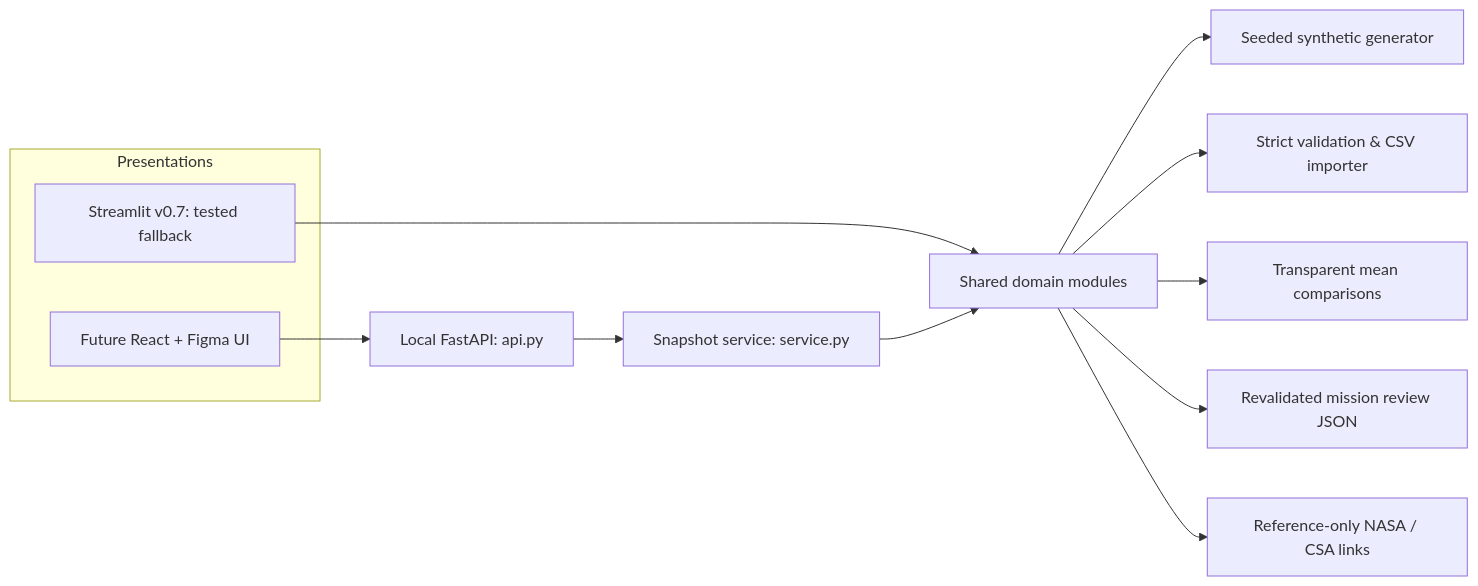
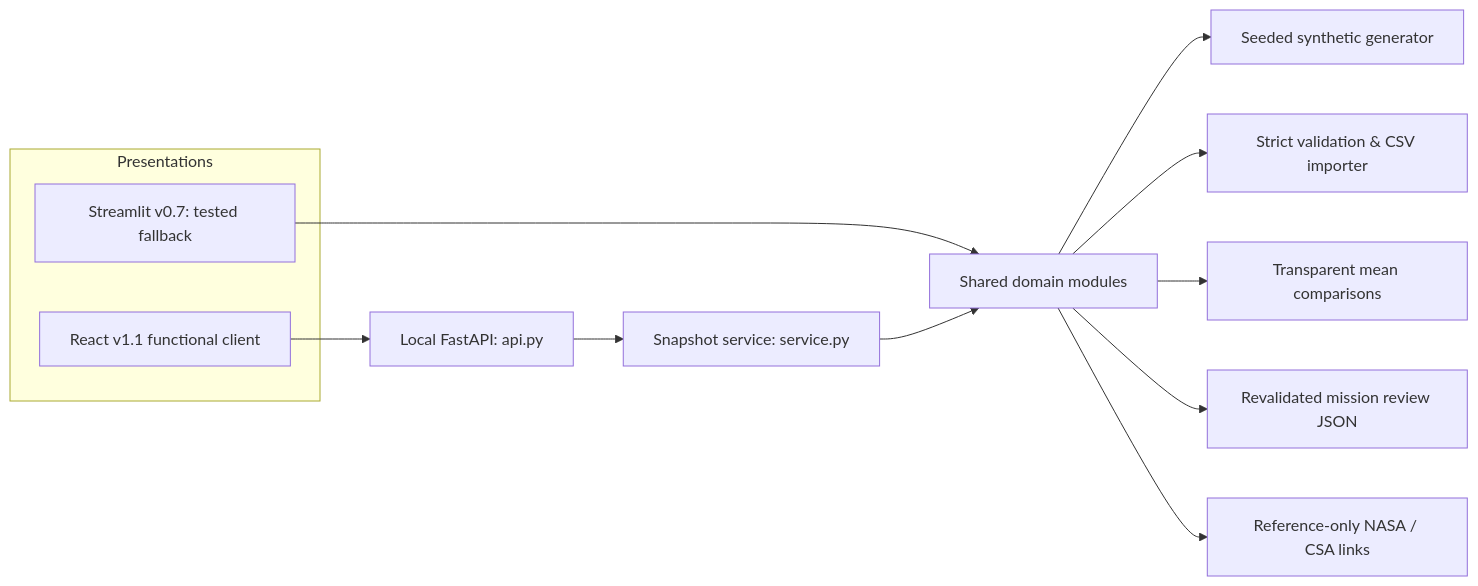
The diagram in docs/ARCHITECTURE.md (josuepa936-hue/ARES-Health-AI), drawn with Mermaid before and after one commit. The commit also changed other lines of this file and 34 other files, not shown here.

````diff
--- a/docs/ARCHITECTURE.md
+++ b/docs/ARCHITECTURE.md
@@ -9,16 +9,16 @@
 ```mermaid
 flowchart LR
   subgraph Presentations
     A[Streamlit v0.7: tested fallback]
-    B[Future React + Figma UI]
+    B[React v1.1 functional client]
   end
   A --> E[Shared domain modules]
   B --> C[Local FastAPI: api.py]
   C --> D[Snapshot service: service.py]
   D --> E
   E --> S[Seeded synthetic generator]
   E --> V[Strict validation & CSV importer]
   E --> T[Transparent mean comparisons]
   E --> R[Revalidated mission review JSON]
   E --> P[Reference-only NASA / CSA links]
 ```
````
